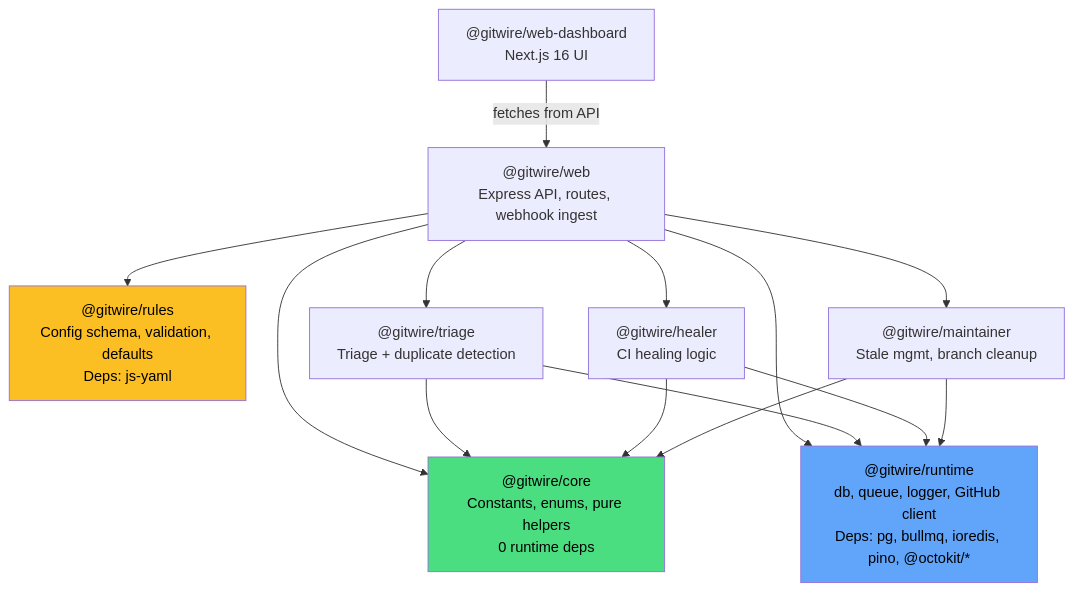
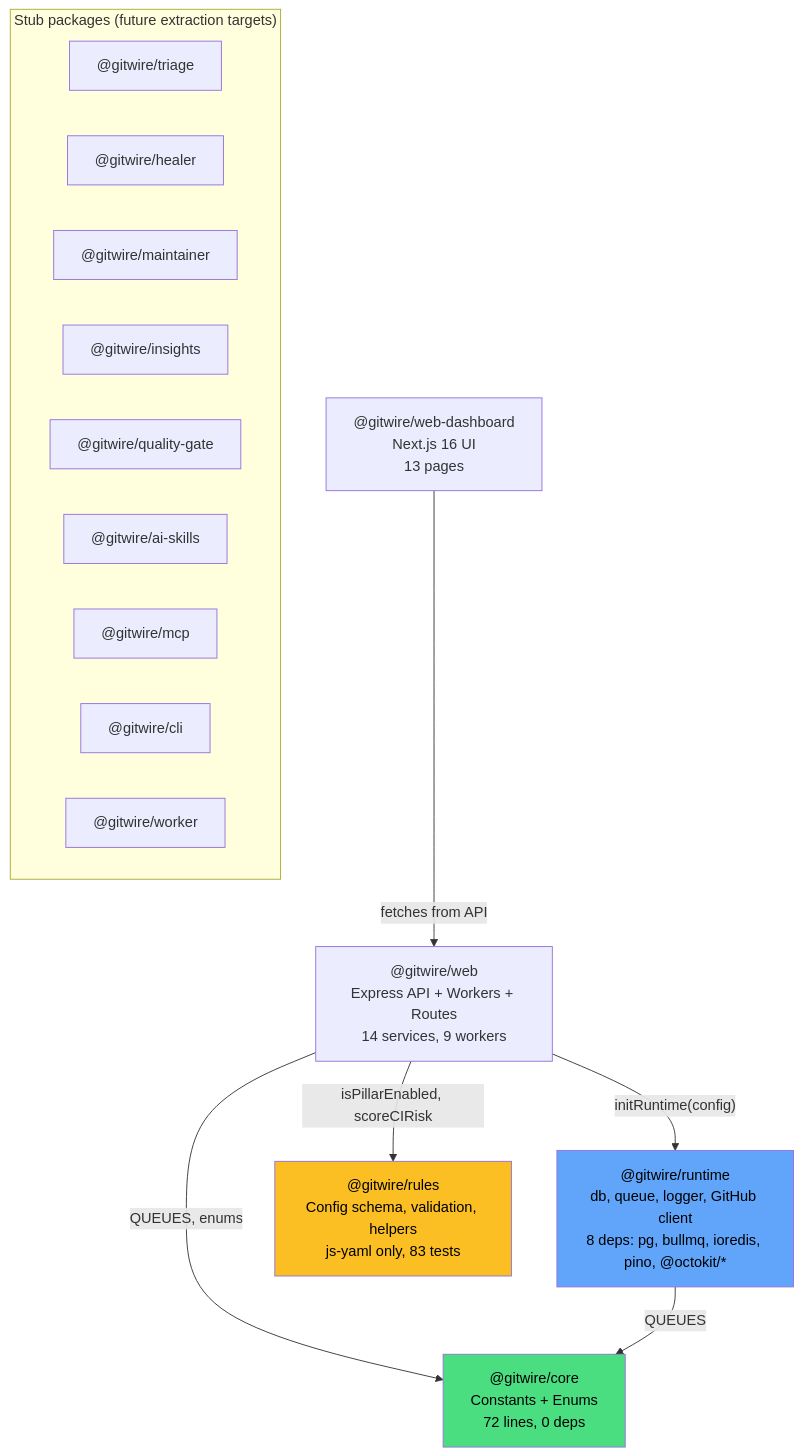
One commit to Octo-Lex/GitWire changed the diagram in docs/architecture/package-dependencies.md. Above: the diagram before and after it, drawn with Mermaid. The commit also changed other lines of this file, not shown here.

````diff
--- a/docs/architecture/package-dependencies.md
+++ b/docs/architecture/package-dependencies.md
@@ -31,29 +5,30 @@
 ```mermaid
 graph TD
-    core["@gitwire/core<br/>Constants, enums, pure helpers<br/>0 runtime deps"]
-    runtime["@gitwire/runtime<br/>db, queue, logger, GitHub client<br/>Deps: pg, bullmq, ioredis, pino, @octokit/*"]
-    rules["@gitwire/rules<br/>Config schema, validation, defaults<br/>Deps: js-yaml"]
-    triage["@gitwire/triage<br/>Triage + duplicate detection"]
-    healer["@gitwire/healer<br/>CI healing logic"]
-    maintainer_pkg["@gitwire/maintainer<br/>Stale mgmt, branch cleanup"]
-    web["@gitwire/web<br/>Express API, routes, webhook ingest"]
-    dashboard["@gitwire/web-dashboard<br/>Next.js 16 UI"]
+    core["@gitwire/core<br/>Constants + Enums<br/>72 lines, 0 deps"]
+    runtime["@gitwire/runtime<br/>db, queue, logger, GitHub client<br/>8 deps: pg, bullmq, ioredis, pino, @octokit/*"]
+    rules["@gitwire/rules<br/>Config schema, validation, helpers<br/>js-yaml only, 83 tests"]
+    web["@gitwire/web<br/>Express API + Workers + Routes<br/>14 services, 9 workers"]
+    dashboard["@gitwire/web-dashboard<br/>Next.js 16 UI<br/>13 pages"]
 
-    web --> core
-    web --> runtime
-    web --> rules
-    web --> triage
-    web --> healer
-    web --> maintainer_pkg
-    triage --> core
-    triage --> runtime
-    healer --> core
-    healer --> runtime
-    maintainer_pkg --> core
-    maintainer_pkg --> runtime
+    web -->|"QUEUES, enums"| core
+    web -->|"initRuntime(config)"| runtime
+    web -->|"isPillarEnabled, scoreCIRisk"| rules
+    runtime -->|"QUEUES"| core
     dashboard -->|"fetches from API"| web
+
+    subgraph "Stub packages (future extraction targets)"
+        triage["@gitwire/triage"]
+        healer["@gitwire/healer"]
+        maintainer_pkg["@gitwire/maintainer"]
+        insights["@gitwire/insights"]
+        quality["@gitwire/quality-gate"]
+        skills["@gitwire/ai-skills"]
+        mcp["@gitwire/mcp"]
+        cli["@gitwire/cli"]
+        worker_pkg["@gitwire/worker"]
+    end
 
     style core fill:#4ade80,color:#000
     style runtime fill:#60a5fa,color:#000
     style rules fill:#fbbf24,color:#000
 ```
````
